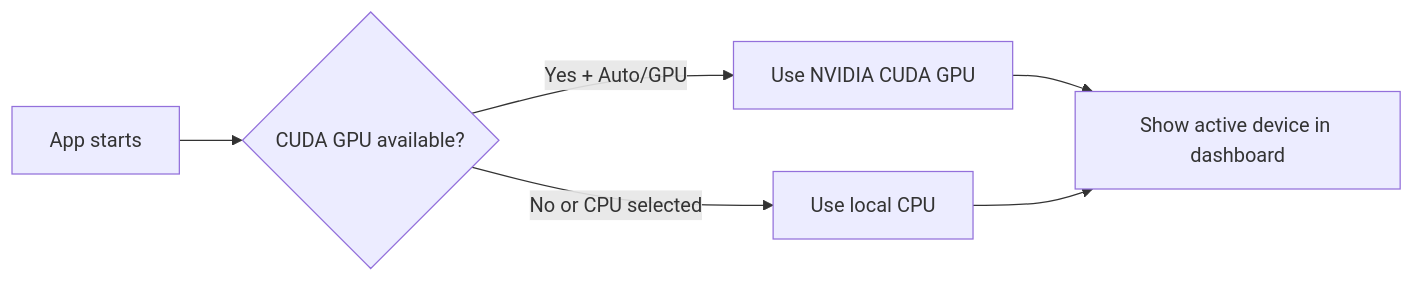
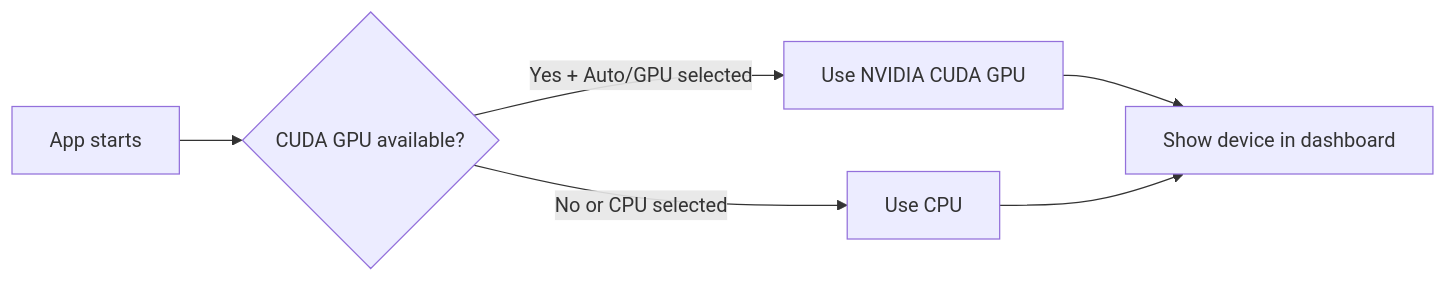
One commit to KartikeyaM2007/Anomaly_Detection_Vision_Transformer-AVT-AppVersion changed the fourth of 4 diagrams in README.md. Above: the diagram before and after it, drawn with Mermaid. The commit also changed other lines of this file, not shown here.

````diff
--- a/README.md
+++ b/README.md
@@ -113,8 +151,8 @@
 ```mermaid
 flowchart LR
   A["App starts"] --> B{"CUDA GPU available?"}
-  B -- "Yes + Auto/GPU" --> C["Use NVIDIA CUDA GPU"]
-  B -- "No or CPU selected" --> D["Use local CPU"]
-  C --> E["Show active device in dashboard"]
+  B -- "Yes + Auto/GPU selected" --> C["Use NVIDIA CUDA GPU"]
+  B -- "No or CPU selected" --> D["Use CPU"]
+  C --> E["Show device in dashboard"]
   D --> E
 ```
````
